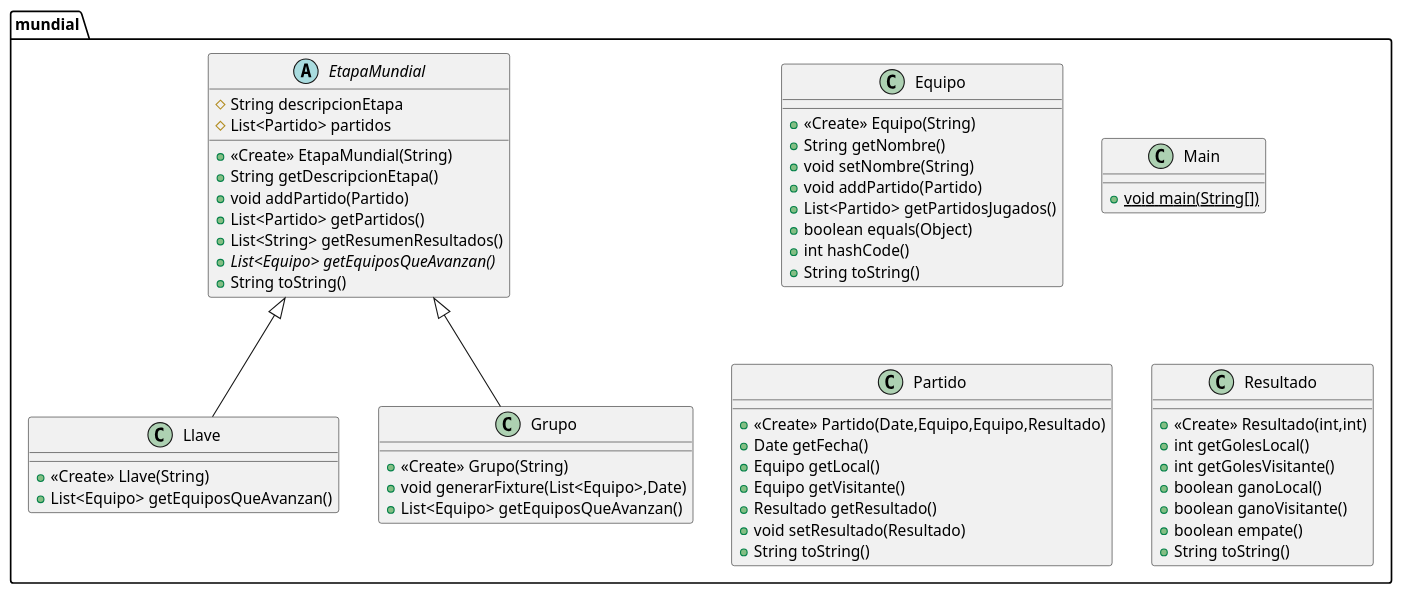
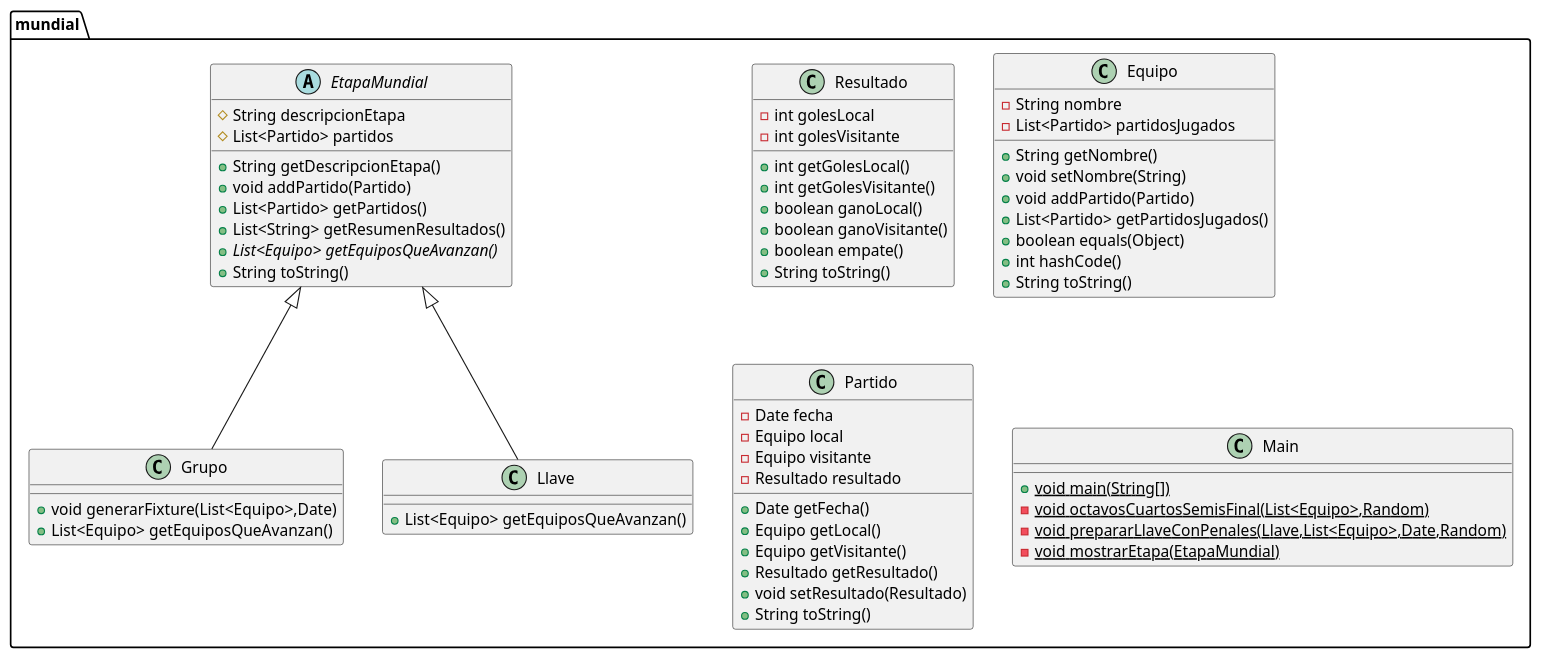
Before and after one commit to DeborahBoldu/ParcialPoo: the diagram in mundialPOO.puml, drawn with PlantUML. The commit also changed 1 other file, not shown here.

Commit message:
change Diagram

```diff
--- a/mundialPOO.puml
+++ b/mundialPOO.puml
@@ -1,65 +1,77 @@
 @startuml
-class mundial.Llave {
-+ <<Create>> Llave(String)
-+ List<Equipo> getEquiposQueAvanzan()
-}
-
 abstract class mundial.EtapaMundial {
 # String descripcionEtapa
 # List<Partido> partidos
-+ <<Create>> EtapaMundial(String)
 + String getDescripcionEtapa()
 + void addPartido(Partido)
 + List<Partido> getPartidos()
 + List<String> getResumenResultados()
 + {abstract}List<Equipo> getEquiposQueAvanzan()
 + String toString()
 }
 
 
 class mundial.Grupo {
-+ <<Create>> Grupo(String)
 + void generarFixture(List<Equipo>,Date)
 + List<Equipo> getEquiposQueAvanzan()
 }
 
-class mundial.Equipo {
-+ <<Create>> Equipo(String)
-+ String getNombre()
-+ void setNombre(String)
-+ void addPartido(Partido)
-+ List<Partido> getPartidosJugados()
-+ boolean equals(Object)
-+ int hashCode()
-+ String toString()
-}
 
-class mundial.Main {
-+ {static} void main(String[])
-}
-
-class mundial.Partido {
-+ <<Create>> Partido(Date,Equipo,Equipo,Resultado)
-+ Date getFecha()
-+ Equipo getLocal()
-+ Equipo getVisitante()
-+ Resultado getResultado()
-+ void setResultado(Resultado)
-+ String toString()
+class mundial.Llave {
++ List<Equipo> getEquiposQueAvanzan()
 }
 
 class mundial.Resultado {
-+ <<Create>> Resultado(int,int)
+- int golesLocal
+- int golesVisitante
 + int getGolesLocal()
 + int getGolesVisitante()
 + boolean ganoLocal()
 + boolean ganoVisitante()
 + boolean empate()
 + String toString()
 }
 
 
 
+class mundial.Equipo {
+- String nombre
+- List<Partido> partidosJugados
++ String getNombre()
++ void setNombre(String)
++ void addPartido(Partido)
++ List<Partido> getPartidosJugados()
++ boolean equals(Object)
++ int hashCode()
++ String toString()
+}
+
+
+class mundial.Partido {
+- Date fecha
+- Equipo local
+- Equipo visitante
+- Resultado resultado
++ Date getFecha()
++ Equipo getLocal()
++ Equipo getVisitante()
++ Resultado getResultado()
++ void setResultado(Resultado)
++ String toString()
+}
+
+
+class mundial.Main {
++ {static} void main(String[])
+- {static} void octavosCuartosSemisFinal(List<Equipo>,Random)
+- {static} void prepararLlaveConPenales(Llave,List<Equipo>,Date,Random)
+- {static} void mostrarEtapa(EtapaMundial)
+}
+
+
+
+mundial.EtapaMundial <|-- mundial.Grupo
 mundial.EtapaMundial <|-- mundial.Llave
-mundial.EtapaMundial <|-- mundial.Grupo
+
+
 @enduml
```
